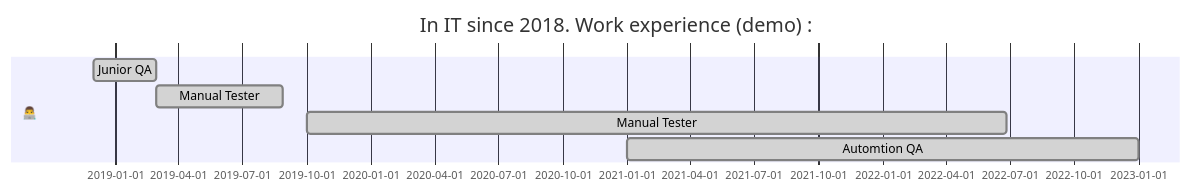
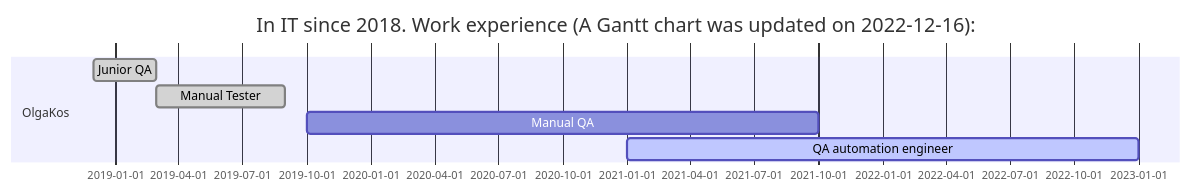
One commit to olgakos/olgakos changed the diagram in README.md. Above: the diagram before and after it, drawn with Mermaid. The commit also changed other lines of this file, not shown here.

````diff
--- a/README.md
+++ b/README.md
@@ -162,10 +11,10 @@
 ```mermaid
   gantt 
-    title In IT since 2018. Work experience (demo) :
+    title In IT since 2018. Work experience (A Gantt chart was updated on 2022-12-16):
     dateFormat  YYYY-MM
-    section 👨‍💻
+    section OlgaKos
     Junior QA         :done, 2018-12, 90d
-    Manual Tester	  :done, 2019-03, 180d
-    Manual Tester     :done, 2019-10, 1000d
-    Automtion QA      :done, 2021-01, 730d
+    Manual Tester	  :done, 2019-03, 2019-09
+    Manual QA         :after, 2019-10, 2021-10
+    QA automation engineer     :active, 2021-01, 2023-01
 ```
````
